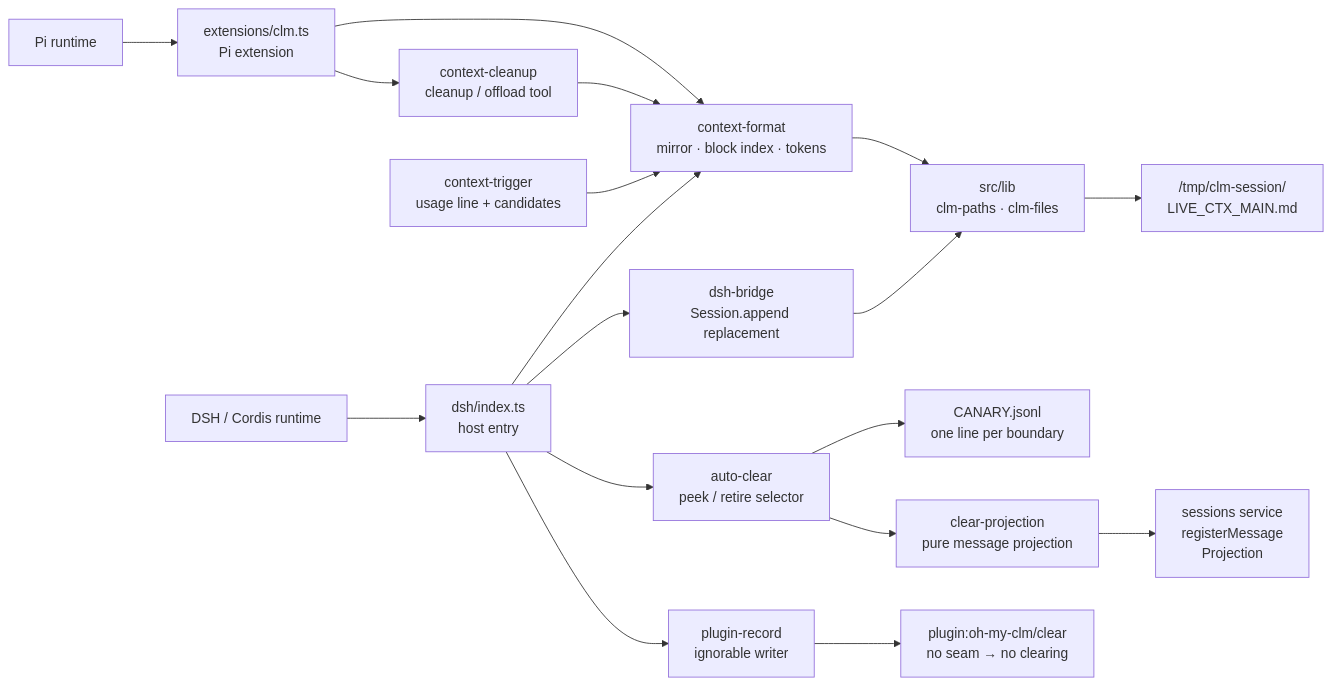
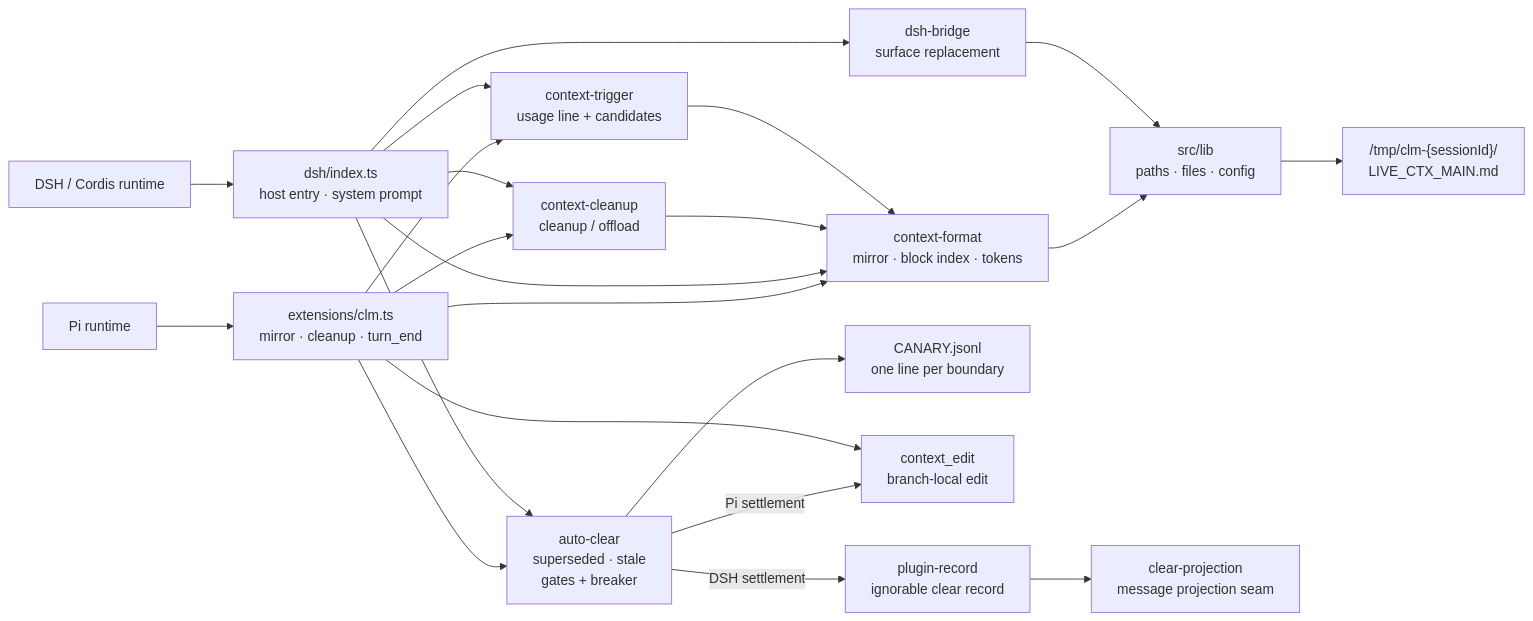
Before and after one commit to DevZjQx/oh-my-clm: the diagram in diagrams/oh-my-clm-plugin.mmd, drawn with Mermaid. The commit also changed 3 other files, not shown here.

First line of the commit message:
docs(diagrams): redraw the plugin flow around both settlements

```diff
--- a/diagrams/oh-my-clm-plugin.mmd
+++ b/diagrams/oh-my-clm-plugin.mmd
@@ -1,21 +1,25 @@
 graph LR
-  PI["Pi runtime"] --> PIX["extensions/clm.ts<br/>Pi extension"]
-  DSH["DSH / Cordis runtime"] --> DSHX["dsh/index.ts<br/>host entry"]
+  PI["Pi runtime"] --> PIX["extensions/clm.ts<br/>mirror · cleanup · turn_end"]
+  DSH["DSH / Cordis runtime"] --> DSHX["dsh/index.ts<br/>host entry · system prompt"]
 
   PIX --> FMT["context-format<br/>mirror · block index · tokens"]
+  PIX --> CLN["context-cleanup<br/>cleanup / offload"]
+  PIX --> TRG["context-trigger<br/>usage line + candidates"]
+  PIX --> CAN["auto-clear<br/>superseded · stale<br/>gates + breaker"]
   DSHX --> FMT
-  PIX --> CLN["context-cleanup<br/>cleanup / offload tool"]
+  DSHX --> CLN
+  DSHX --> TRG
+  DSHX --> CAN
+  DSHX --> BRG["dsh-bridge<br/>surface replacement"]
+
   CLN --> FMT
-  TRG["context-trigger<br/>usage line + candidates"] --> FMT
-  FMT --> LIB["src/lib<br/>clm-paths · clm-files"]
-  DSHX --> BRG["dsh-bridge<br/>Session.append replacement"]
+  TRG --> FMT
+  FMT --> LIB["src/lib<br/>paths · files · config"]
   BRG --> LIB
 
-  DSHX --> CAN["auto-clear<br/>peek / retire selector"]
   CAN --> CANLOG["CANARY.jsonl<br/>one line per boundary"]
-  CAN --> PROJ["clear-projection<br/>pure message projection"]
-  PROJ --> SEAM["sessions service<br/>registerMessage<br/>Projection"]
-  DSHX --> REC["plugin-record<br/>ignorable writer"]
-  REC --> PRE["plugin:oh-my-clm/clear<br/>no seam → no clearing"]
-
-  LIB --> MIRROR["/tmp/clm-session/<br/>LIVE_CTX_MAIN.md"]
+  CAN -->|Pi settlement| CLE["context_edit<br/>branch-local edit"]
+  PIX --> CLE
+  CAN -->|DSH settlement| REC["plugin-record<br/>ignorable clear record"]
+  REC --> PROJ["clear-projection<br/>message projection seam"]
+  LIB --> MIRROR["/tmp/clm-{sessionId}/<br/>LIVE_CTX_MAIN.md"]
```
